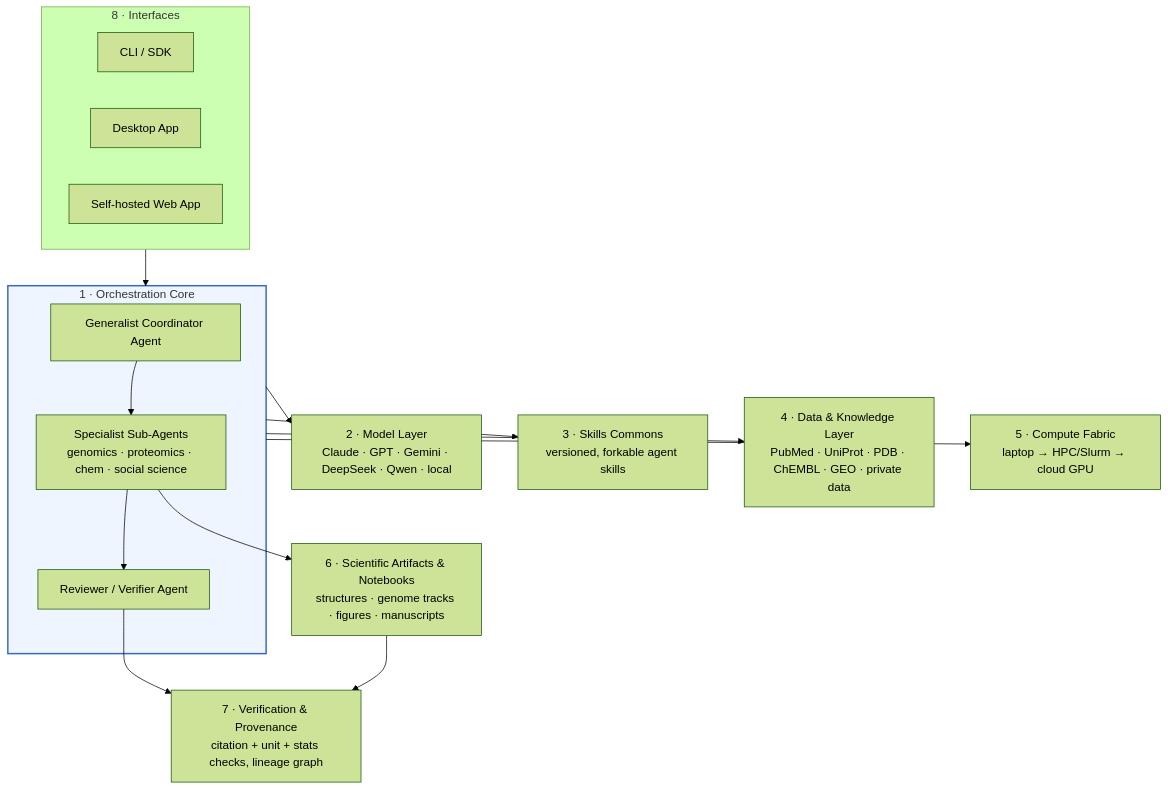
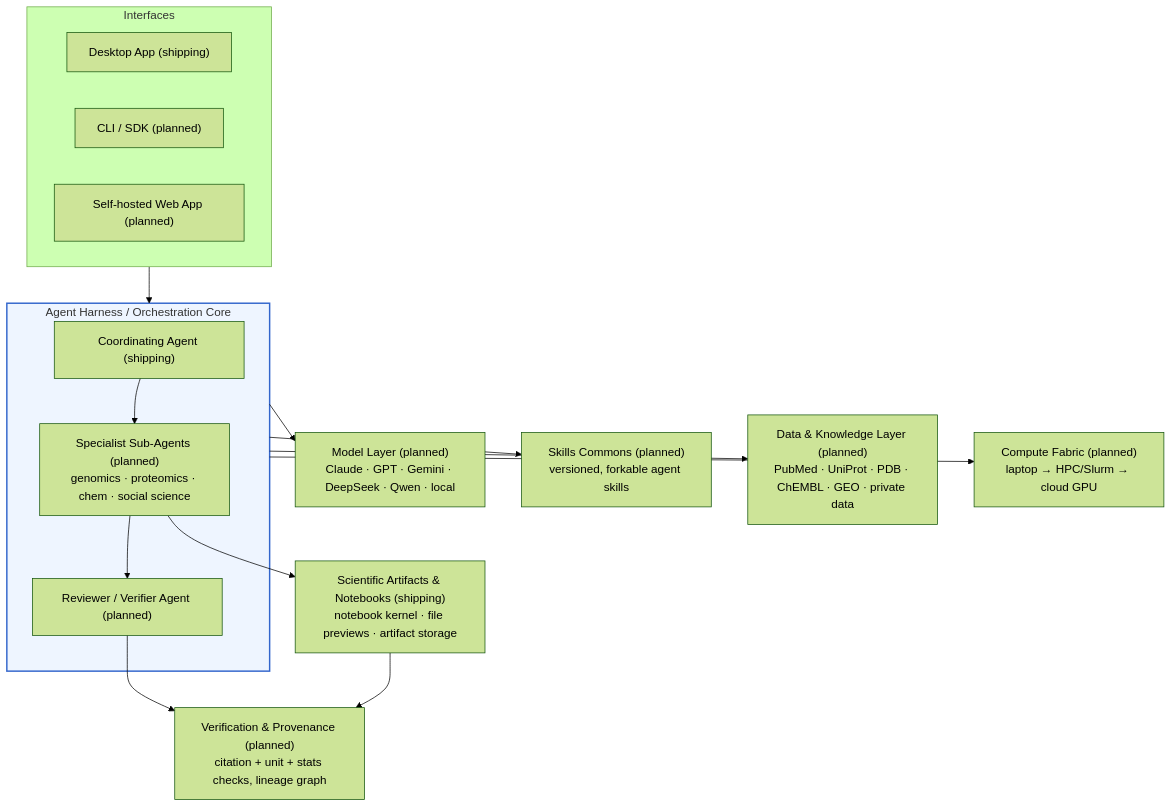
The fourth of 6 diagrams in README.md (roxi3906/open-science), drawn with Mermaid (forest theme) before and after one commit. The commit also changed other lines of this file and 216 other files, not shown here.

First line of the commit message:
Bootstrap Open Science: initial Electron desktop app scaffold (#1)

````diff
--- a/README.md
+++ b/README.md
@@ -134,29 +154,29 @@
 ```mermaid
 flowchart TB
-    subgraph IF["8 · Interfaces"]
-        CLI["CLI / SDK"]
-        Desktop["Desktop App"]
-        Web["Self-hosted Web App"]
+    subgraph IF["Interfaces"]
+        Desktop["Desktop App (shipping)"]
+        CLI["CLI / SDK (planned)"]
+        Web["Self-hosted Web App (planned)"]
     end
 
     IF --> Core
 
-    subgraph Core["1 · Orchestration Core"]
-        Coordinator["Generalist Coordinator Agent"]
-        Specialists["Specialist Sub-Agents<br/>genomics · proteomics · chem · social science"]
-        Reviewer["Reviewer / Verifier Agent"]
+    subgraph Core["Agent Harness / Orchestration Core"]
+        Coordinator["Coordinating Agent (shipping)"]
+        Specialists["Specialist Sub-Agents (planned)<br/>genomics · proteomics · chem · social science"]
+        Reviewer["Reviewer / Verifier Agent (planned)"]
         Coordinator --> Specialists
         Specialists --> Reviewer
     end
 
-    Core --> Models["2 · Model Layer<br/>Claude · GPT · Gemini · DeepSeek · Qwen · local"]
-    Core --> Skills["3 · Skills Commons<br/>versioned, forkable agent skills"]
-    Core --> Data["4 · Data & Knowledge Layer<br/>PubMed · UniProt · PDB · ChEMBL · GEO · private data"]
-    Core --> Compute["5 · Compute Fabric<br/>laptop → HPC/Slurm → cloud GPU"]
+    Core --> Models["Model Layer (planned)<br/>Claude · GPT · Gemini · DeepSeek · Qwen · local"]
+    Core --> Skills["Skills Commons (planned)<br/>versioned, forkable agent skills"]
+    Core --> Data["Data & Knowledge Layer (planned)<br/>PubMed · UniProt · PDB · ChEMBL · GEO · private data"]
+    Core --> Compute["Compute Fabric (planned)<br/>laptop → HPC/Slurm → cloud GPU"]
 
-    Specialists --> Artifacts["6 · Scientific Artifacts & Notebooks<br/>structures · genome tracks · figures · manuscripts"]
-    Reviewer --> Provenance["7 · Verification & Provenance<br/>citation + unit + stats checks, lineage graph"]
+    Specialists --> Artifacts["Scientific Artifacts & Notebooks (shipping)<br/>notebook kernel · file previews · artifact storage"]
+    Reviewer --> Provenance["Verification & Provenance (planned)<br/>citation + unit + stats checks, lineage graph"]
     Artifacts --> Provenance
 
     style Core fill:#eef5ff,stroke:#3366cc,stroke-width:2px
 ```
````
